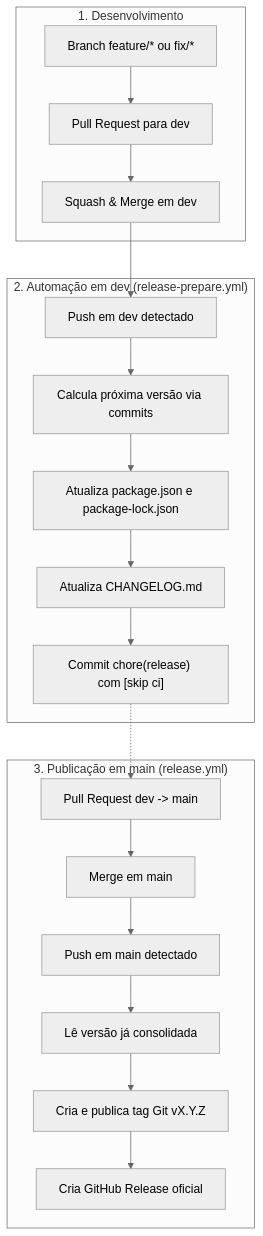
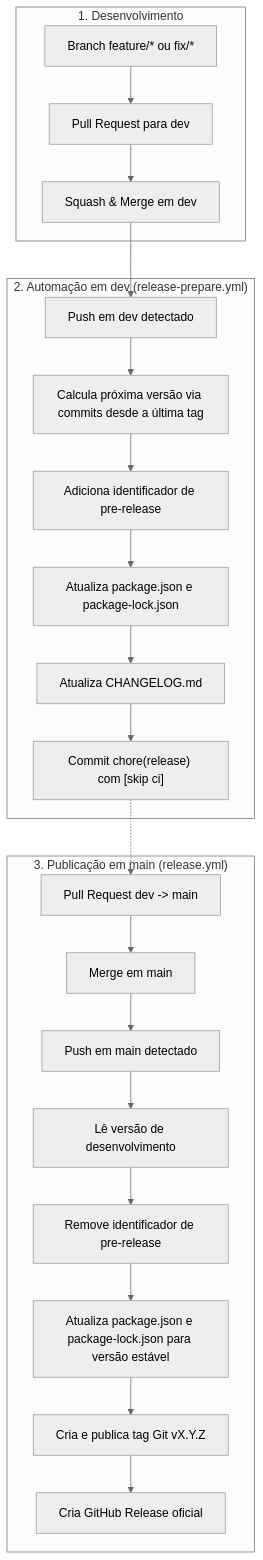
The diagram in docs/RELEASE_FLOW.md (Wectornanime/shelfbox), drawn with Mermaid (neutral theme) before and after one commit. The commit also changed other lines of this file, not shown here.

Commit message:
chore(docs): updates the release flow

````diff
--- a/docs/RELEASE_FLOW.md
+++ b/docs/RELEASE_FLOW.md
@@ -19,24 +21,27 @@
 ```mermaid
 flowchart TD
     subgraph Feature["1. Desenvolvimento"]
         F1["Branch feature/* ou fix/*"] --> PR1["Pull Request para dev"]
         PR1 --> MERGE_DEV["Squash & Merge em dev"]
     end
 
     subgraph DevBranch["2. Automação em dev (release-prepare.yml)"]
         MERGE_DEV --> PUSH_DEV["Push em dev detectado"]
-        PUSH_DEV --> CALC["Calcula próxima versão via commits"]
-        CALC --> BUMP["Atualiza package.json e package-lock.json"]
+        PUSH_DEV --> CALC["Calcula próxima versão via commits desde a última tag"]
+        CALC --> PRE["Adiciona identificador de pre-release"]
+        PRE --> BUMP["Atualiza package.json e package-lock.json"]
         BUMP --> CHANGELOG["Atualiza CHANGELOG.md"]
         CHANGELOG --> COMMIT_DEV["Commit chore(release) com [skip ci]"]
     end
 
     subgraph MainBranch["3. Publicação em main (release.yml)"]
         COMMIT_DEV -.-> PR_MAIN["Pull Request dev -> main"]
         PR_MAIN --> MERGE_MAIN["Merge em main"]
         MERGE_MAIN --> PUSH_MAIN["Push em main detectado"]
-        PUSH_MAIN --> READ_VER["Lê versão já consolidada"]
-        READ_VER --> CREATE_TAG["Cria e publica tag Git vX.Y.Z"]
+        PUSH_MAIN --> READ_PRE["Lê versão de desenvolvimento"]
+        READ_PRE --> STABLE["Remove identificador de pre-release"]
+        STABLE --> UPDATE["Atualiza package.json e package-lock.json para versão estável"]
+        UPDATE --> CREATE_TAG["Cria e publica tag Git vX.Y.Z"]
         CREATE_TAG --> GH_RELEASE["Cria GitHub Release oficial"]
     end
 ```
````
